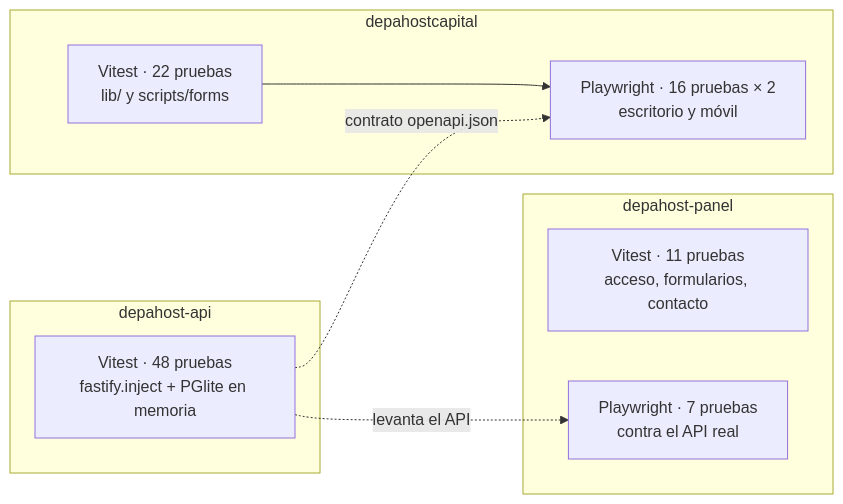
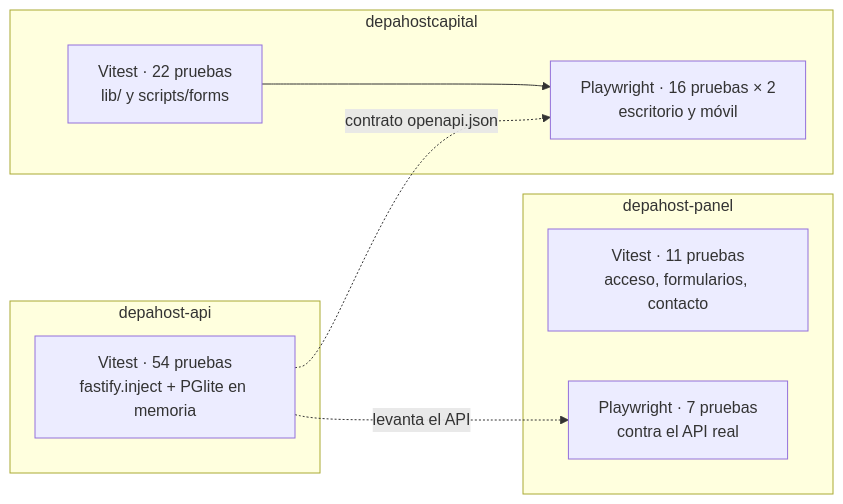
The third of 6 diagrams in docs/plataforma/06-desarrollo-y-operacion.md (samirharrytl/DHC_landing), drawn with Mermaid before and after one commit. The commit also changed other lines of this file and 17 other files, not shown here.

````diff
--- a/docs/plataforma/06-desarrollo-y-operacion.md
+++ b/docs/plataforma/06-desarrollo-y-operacion.md
@@ -119,17 +306,17 @@
 ```mermaid
 flowchart LR
     subgraph Front["depahostcapital"]
         U["Vitest · 22 pruebas<br/>lib/ y scripts/forms"]
         E["Playwright · 16 pruebas × 2<br/>escritorio y móvil"]
     end
     subgraph Back["depahost-api"]
-        A["Vitest · 48 pruebas<br/>fastify.inject + PGlite en memoria"]
+        A["Vitest · 54 pruebas<br/>fastify.inject + PGlite en memoria"]
     end
     subgraph Panel["depahost-panel"]
         PU["Vitest · 11 pruebas<br/>acceso, formularios, contacto"]
         PE["Playwright · 7 pruebas<br/>contra el API real"]
     end
     U --> E
     A -. "contrato openapi.json" .-> E
     A -. "levanta el API" .-> PE
 ```
````
